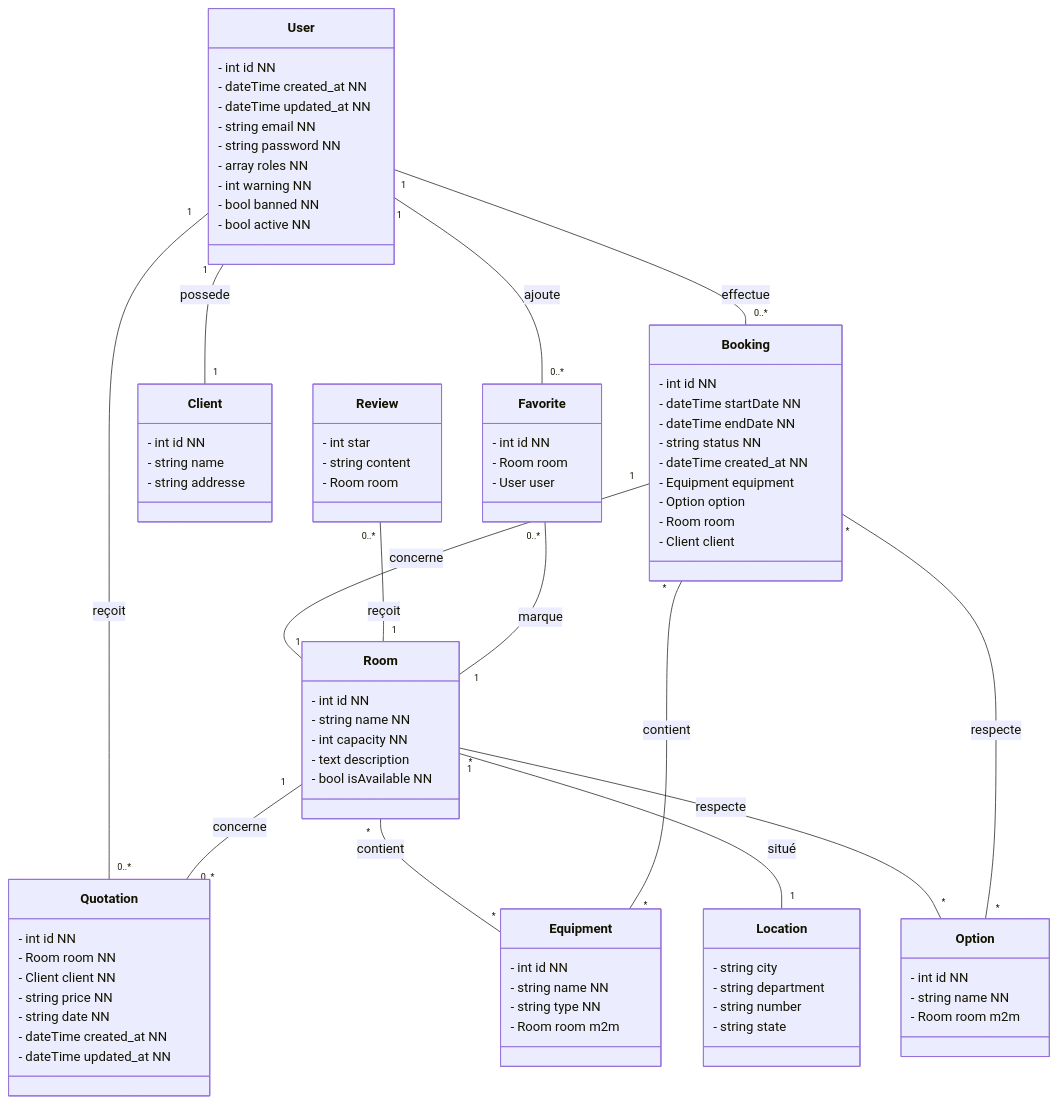
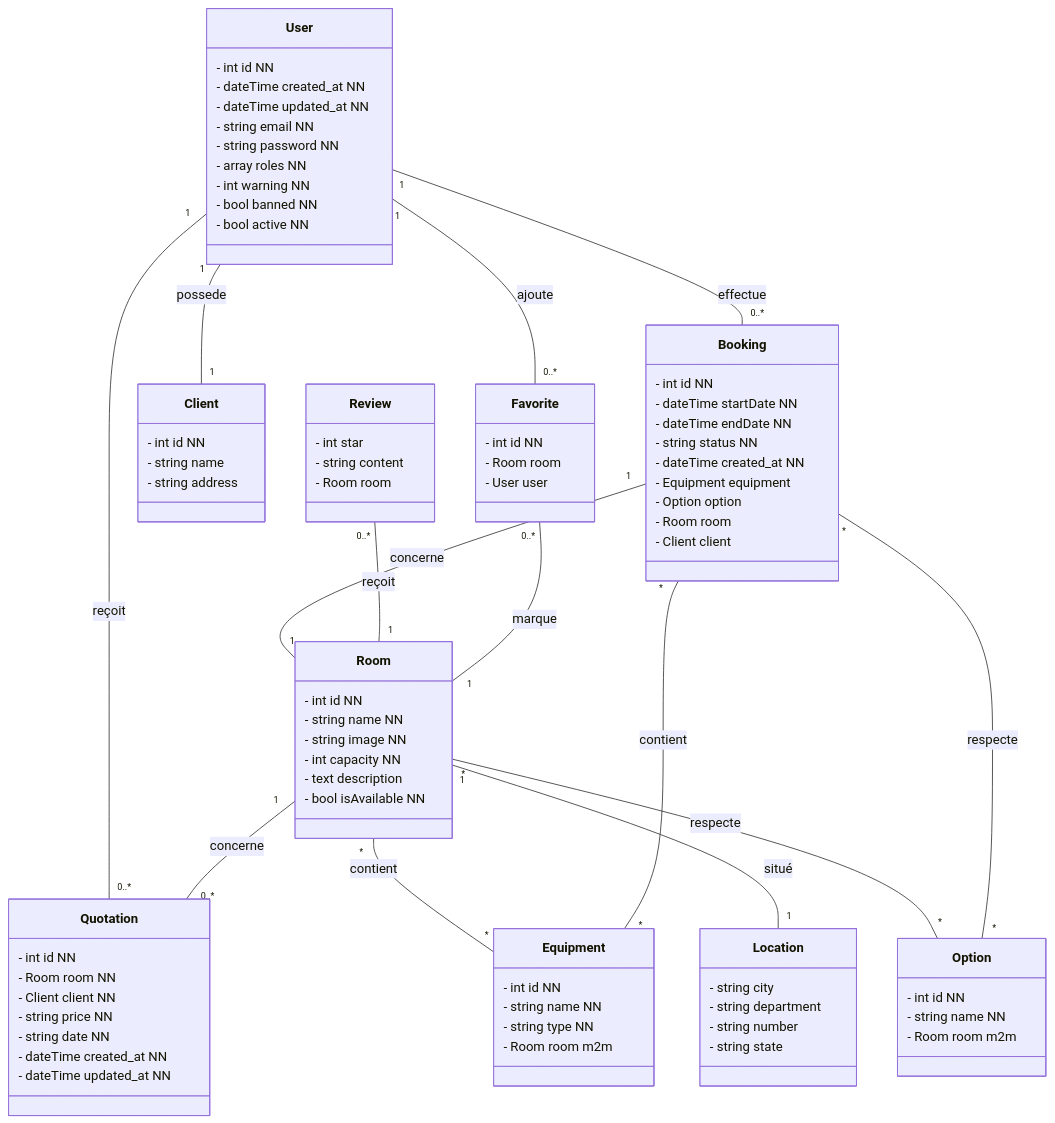
One commit to TraoreHamza/reservation changed the first of 8 diagrams in diagramme.md. Above: the diagram before and after it, drawn with Mermaid. The commit also changed 5 other files, not shown here.

Commit message:
Add EasyAdminBundle and configure routes; update diagram and composer dependencies

```diff
--- a/diagramme.md
+++ b/diagramme.md
@@ -47,7 +47,7 @@
     class Client{
     - int id NN
     - string name
-    - string addresse
+    - string address
     }
 
   
@@ -55,6 +55,7 @@
   class Room {
     - int id NN
     - string name NN
+    - string image NN
     - int capacity NN
     - text description
     - bool isAvailable NN
```
